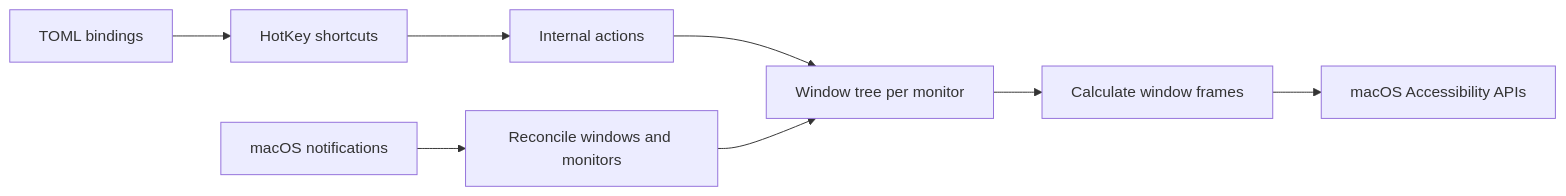
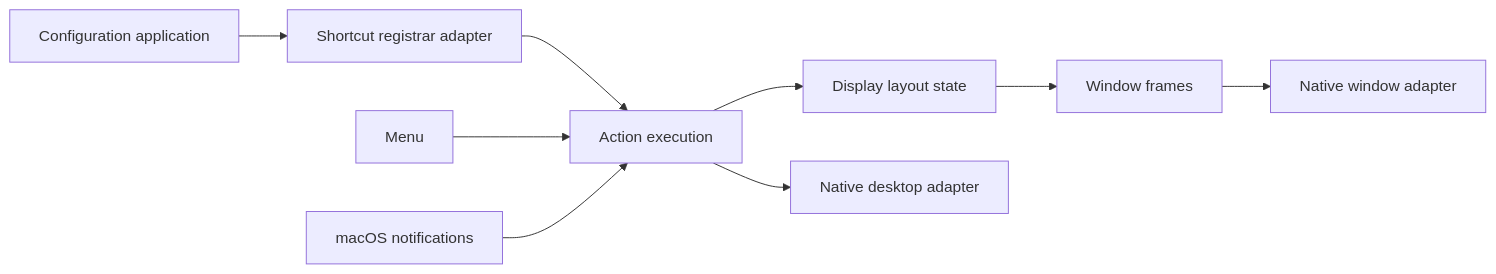
The diagram in dev-docs/architecture.md (jwshin/tile), drawn with Mermaid before and after one commit. The commit also changed other lines of this file and 69 other files, not shown here.

First line of the commit message:
Centralize configuration, action execution, and display layout state

````diff
--- a/dev-docs/architecture.md
+++ b/dev-docs/architecture.md
@@ -5,10 +5,11 @@
 ```mermaid
 flowchart LR
-    Config["TOML bindings"] --> Keys["HotKey shortcuts"]
-    Keys --> Actions["Internal actions"]
-    Actions --> Tree["Window tree per monitor"]
-    Events["macOS notifications"] --> Refresh["Reconcile windows and monitors"]
-    Refresh --> Tree
-    Tree --> Layout["Calculate window frames"]
-    Layout --> AX["macOS Accessibility APIs"]
+    Config["Configuration application"] --> Keys["Shortcut registrar adapter"]
+    Keys --> Actions["Action execution"]
+    Menu["Menu"] --> Actions
+    Actions --> State["Display layout state"]
+    Events["macOS notifications"] --> Actions
+    State --> Layout["Window frames"]
+    Actions --> Native["Native desktop adapter"]
+    Layout --> AX["Native window adapter"]
 ```
````
